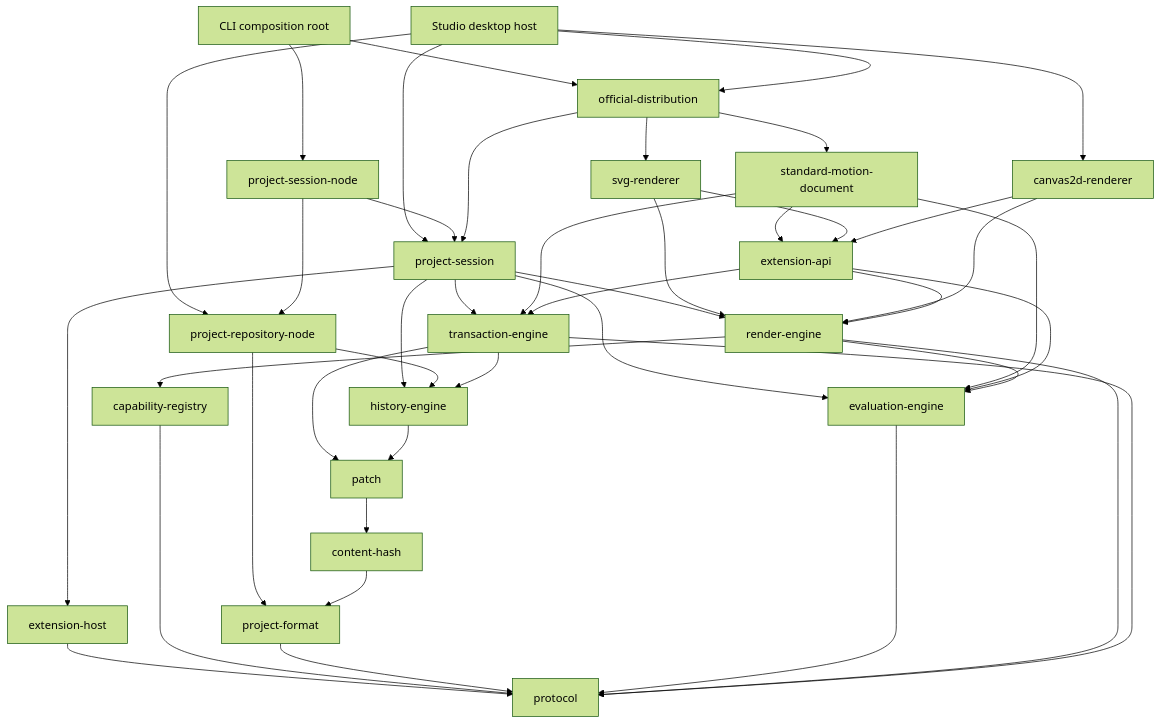
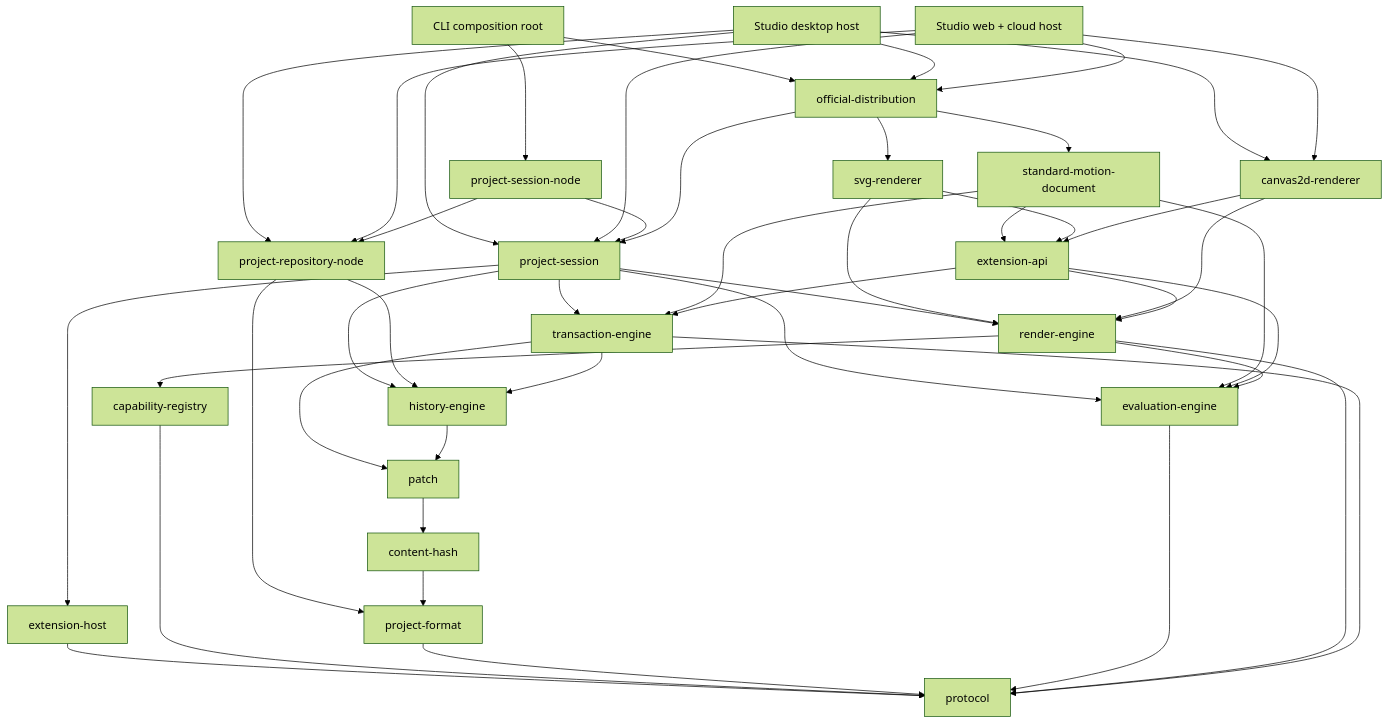
The second of 2 diagrams in docs/architecture/foundation-blueprint.md (Youzini-afk/KineWeave), drawn with Mermaid (forest theme) before and after one commit. The commit also changed other lines of this file and 30 other files, not shown here.

Commit message:
feat: add full-stack web studio host

````diff
--- a/docs/architecture/foundation-blueprint.md
+++ b/docs/architecture/foundation-blueprint.md
@@ -118,67 +118,72 @@
 ```mermaid
 flowchart TB
     CLI["CLI composition root"]
     STUDIO["Studio desktop host"]
+    WEB["Studio web + cloud host"]
     SESSIONNODE["project-session-node"]
     SESSION["project-session"]
     DIST["official-distribution"]
     STDM["standard-motion-document"]
     SVG["svg-renderer"]
     CANVAS["canvas2d-renderer"]
     EXTAPI["extension-api"]
     EXTHOST["extension-host"]
     REPO["project-repository-node"]
     TX["transaction-engine"]
     HIST["history-engine"]
     PATCH["patch"]
     EVAL["evaluation-engine"]
     RENDER["render-engine"]
     CAP["capability-registry"]
     FORMAT["project-format"]
     HASH["content-hash"]
     PROTOCOL["protocol"]
 
     CLI --> SESSIONNODE
     CLI --> DIST
     STUDIO --> SESSION
     STUDIO --> REPO
     STUDIO --> DIST
     STUDIO --> CANVAS
+    WEB --> SESSION
+    WEB --> REPO
+    WEB --> DIST
+    WEB --> CANVAS
     SESSIONNODE --> SESSION
     SESSIONNODE --> REPO
     SESSION --> EXTHOST
     SESSION --> TX
     SESSION --> EVAL
     SESSION --> RENDER
     SESSION --> HIST
     DIST --> STDM
     DIST --> SVG
     DIST --> SESSION
 
     STDM --> EXTAPI
     STDM --> EVAL
     STDM --> TX
     SVG --> EXTAPI
     SVG --> RENDER
     CANVAS --> EXTAPI
     CANVAS --> RENDER
     EXTAPI --> TX
     EXTAPI --> EVAL
     EXTAPI --> RENDER
     RENDER --> CAP
     RENDER --> EVAL
     REPO --> HIST
     REPO --> FORMAT
     TX --> HIST
     TX --> PATCH
     HIST --> PATCH
     PATCH --> HASH
     HASH --> FORMAT
 
     EXTHOST --> PROTOCOL
     CAP --> PROTOCOL
     FORMAT --> PROTOCOL
     EVAL --> PROTOCOL
     RENDER --> PROTOCOL
     TX --> PROTOCOL
 ```
````
